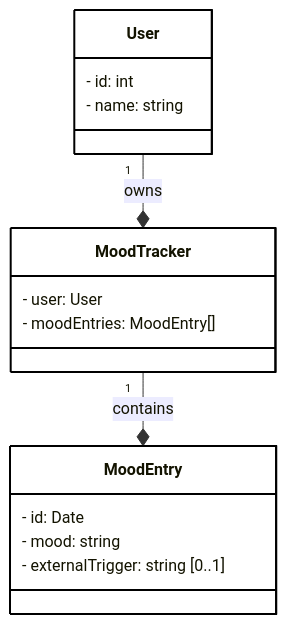
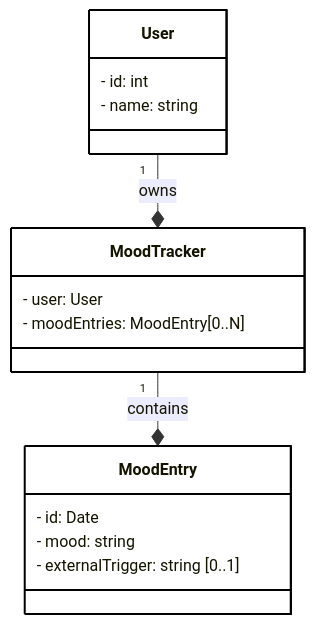
Before and after one commit to roadswitcher/cs690_final_project: the diagram in project_docs/domain_model.mmd, drawn with Mermaid. The commit also changed 1 other file, not shown here.

Commit message:
Fix the one-to-many relationship for mood entries.

```diff
--- a/project_docs/domain_model.mmd
+++ b/project_docs/domain_model.mmd
@@ -1,27 +1,27 @@
 classDiagram
 direction TD
 
     class User {
 	    - id: int
 	    - name: string
     }
 
     class MoodEntry {
 	    - id: Date
 	    - mood: string
 	    - externalTrigger: string [0..1]
     }
 
     class MoodTracker {
 	    - user: User
-	    - moodEntries: MoodEntry[]
+	    - moodEntries: MoodEntry[0..N]
     }
 
     User "1" --* MoodTracker : owns
     MoodTracker "1" --* MoodEntry : contains
 
 	style User :,stroke-width:2px,stroke-dasharray: 0,fill:#FFFFFF,stroke:#000000
 	style MoodEntry :,stroke-width:2px,stroke-dasharray: 0,fill:#FFFFFF,stroke:#000000
 	style MoodTracker :,stroke-width:2px,stroke-dasharray: 0,fill:#FFFFFF,stroke:#000000
 
 	classDef default :, stroke-width:2px, stroke-dasharray: 0, fill:#FFFFFF, stroke:#000000
```
